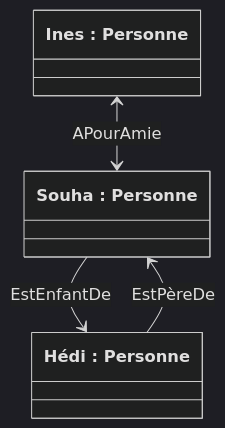
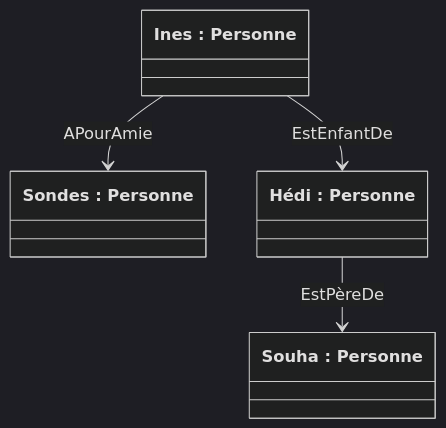
One commit to Yahya8bit/ensi-survival-kit changed diagram 11 of 49 in docs/Year 2/Semester 1/ACOO/Cours/acoo-analyse-modele-structurel.md. Above: the diagram before and after it, drawn with Mermaid (dark theme). The commit also changed other lines of this file, not shown here.

````diff
--- a/docs/Year 2/Semester 1/ACOO/Cours/acoo-analyse-modele-structurel.md
+++ b/docs/Year 2/Semester 1/ACOO/Cours/acoo-analyse-modele-structurel.md
@@ -314,9 +324,10 @@
 ```mermaid
 classDiagram
     class ines["Ines : Personne"]
+    class sondes["Sondes : Personne"]
     class souha["Souha : Personne"]
     class hedi["Hédi : Personne"]
-    ines <--> souha : APourAmie
-    souha --> hedi : EstEnfantDe
+    ines --> sondes : APourAmie
+    ines --> hedi : EstEnfantDe
     hedi --> souha : EstPèreDe
 ```
````
